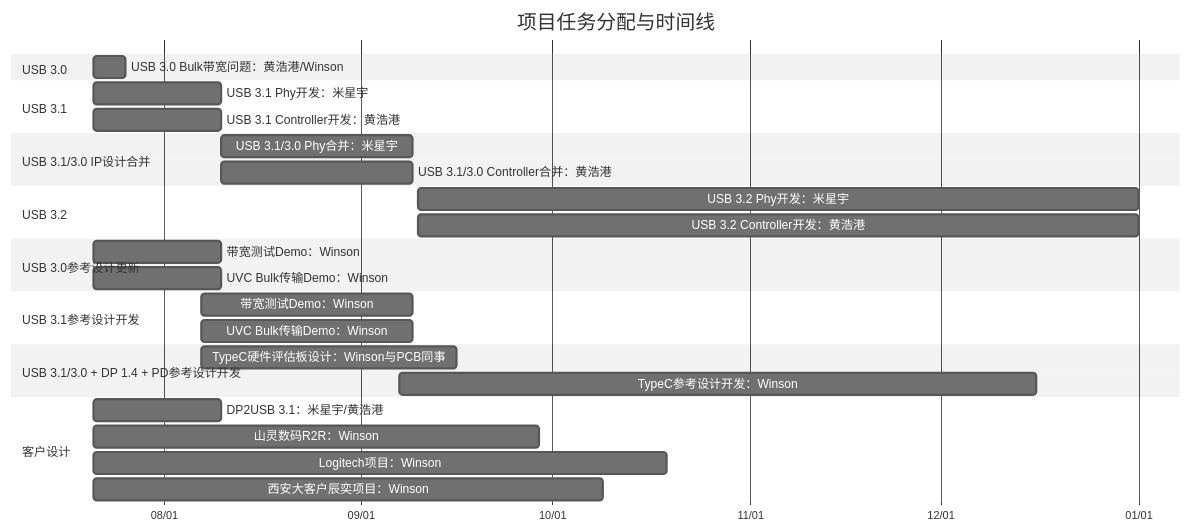
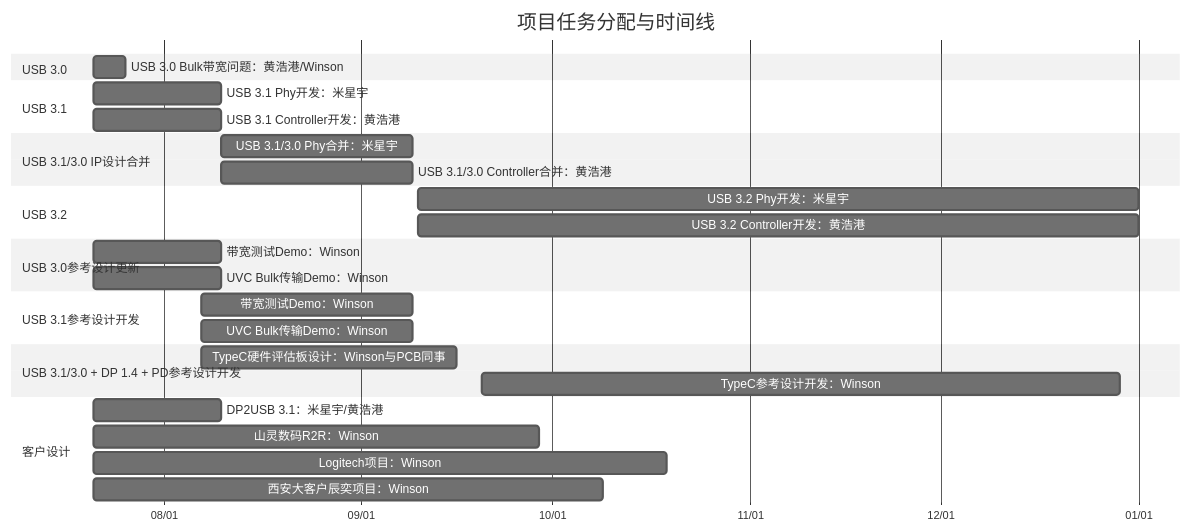
Before and after one commit to winsonbook/iodraw-files: the diagram in all/未命名.md, drawn with Mermaid (neutral theme).

Commit message:
2025-07-21 10:22:01 update

````diff
--- a/all/未命名.md
+++ b/all/未命名.md
@@ -1,39 +1,39 @@
 ```mermaid
 gantt
     title 项目任务分配与时间线
     dateFormat  YYYY-MM-DD
     axisFormat  %m/%d
 
     section USB 3.0
     USB 3.0 Bulk带宽问题：黄浩港/Winson   :    task1, 2025-07-21, 5d
 
     section USB 3.1
     USB 3.1 Phy开发：米星宇      :         task2, 2025-07-21, 20d
     USB 3.1 Controller开发：黄浩港      :  task3, 2025-07-21, 20d
 
     section USB 3.1/3.0 IP设计合并
     USB 3.1/3.0 Phy合并：米星宇       :    task4, 2025-08-10, 30d
     USB 3.1/3.0 Controller合并：黄浩港:    task5, 2025-08-10, 30d
 
     section USB 3.2
     USB 3.2 Phy开发：米星宇      :         task2, 2025-09-10, 113d
     USB 3.2 Controller开发：黄浩港      :  task3, 2025-09-10, 113d
 
     section USB 3.0参考设计更新
     带宽测试Demo：Winson       :         task6, 2025-07-21, 20d
     UVC Bulk传输Demo：Winson   :        task7, 2025-07-21, 20d
 
     section USB 3.1参考设计开发
     带宽测试Demo：Winson       :         task8, 2025-08-07, 33d
     UVC Bulk传输Demo：Winson   :         task9, 2025-08-07, 33d
 
     section USB 3.1/3.0 + DP 1.4 + PD参考设计开发
     TypeC硬件评估板设计：Winson与PCB同事       :         task10, 2025-08-07, 40d
-    TypeC参考设计开发：Winson   :         task11, 2025-09-07, 100d
+    TypeC参考设计开发：Winson   :         task11, 2025-09-20, 100d
 
     section 客户设计
     DP2USB 3.1：米星宇/黄浩港      :task12, 2025-07-21, 20d
     山灵数码R2R：Winson :             task13, 2025-07-21, 70d
     Logitech项目：Winson :            task14, 2025-07-21, 90d
     西安大客户辰奕项目：Winson :       task15, 2025-07-21, 80d
 ```
````
